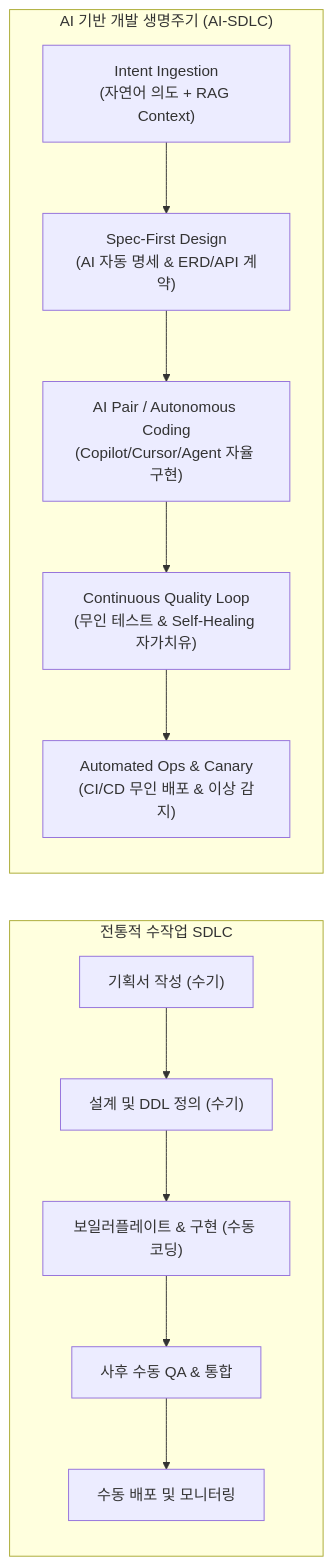
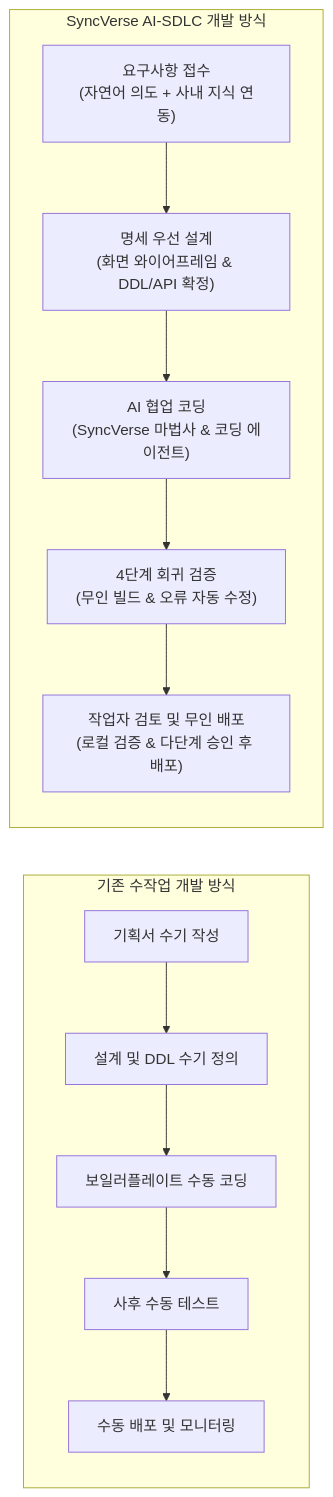
The first of 2 diagrams in ko/agile/ai-driven-development.md (DramaticCollaboration/doc.github.io), drawn with Mermaid before and after one commit. The commit also changed other lines of this file and 8 other files, not shown here.

````diff
--- a/ko/agile/ai-driven-development.md
+++ b/ko/agile/ai-driven-development.md
@@ -53,15 +53,15 @@
 ```mermaid
 flowchart LR
-    subgraph Traditional ["전통적 수작업 SDLC"]
+    subgraph Traditional ["기존 수작업 개발 방식"]
         direction TB
-        T1["기획서 작성 (수기)"] --> T2["설계 및 DDL 정의 (수기)"] --> T3["보일러플레이트 & 구현 (수동 코딩)"] --> T4["사후 수동 QA & 통합"] --> T5["수동 배포 및 모니터링"]
+        T1["기획서 수기 작성"] --> T2["설계 및 DDL 수기 정의"] --> T3["보일러플레이트 수동 코딩"] --> T4["사후 수동 테스트"] --> T5["수동 배포 및 모니터링"]
     end
 
-    subgraph AIDLC ["AI 기반 개발 생명주기 (AI-SDLC)"]
+    subgraph SyncVerseAIDLC ["SyncVerse AI-SDLC 개발 방식"]
         direction TB
-        A1["Intent Ingestion<br/>(자연어 의도 + RAG Context)"] --> A2["Spec-First Design<br/>(AI 자동 명세 & ERD/API 계약)"]
-        A2 --> A3["AI Pair / Autonomous Coding<br/>(Copilot/Cursor/Agent 자율 구현)"]
-        A3 --> A4["Continuous Quality Loop<br/>(무인 테스트 & Self-Healing 자가치유)"]
-        A4 --> A5["Automated Ops & Canary<br/>(CI/CD 무인 배포 & 이상 감지)"]
+        A1["요구사항 접수<br/>(자연어 의도 + 사내 지식 연동)"] --> A2["명세 우선 설계<br/>(화면 와이어프레임 & DDL/API 확정)"]
+        A2 --> A3["AI 협업 코딩<br/>(SyncVerse 마법사 & 코딩 에이전트)"]
+        A3 --> A4["4단계 회귀 검증<br/>(무인 빌드 & 오류 자동 수정)"]
+        A4 --> A5["작업자 검토 및 무인 배포<br/>(로컬 검증 & 다단계 승인 후 배포)"]
     end
 ```
````
